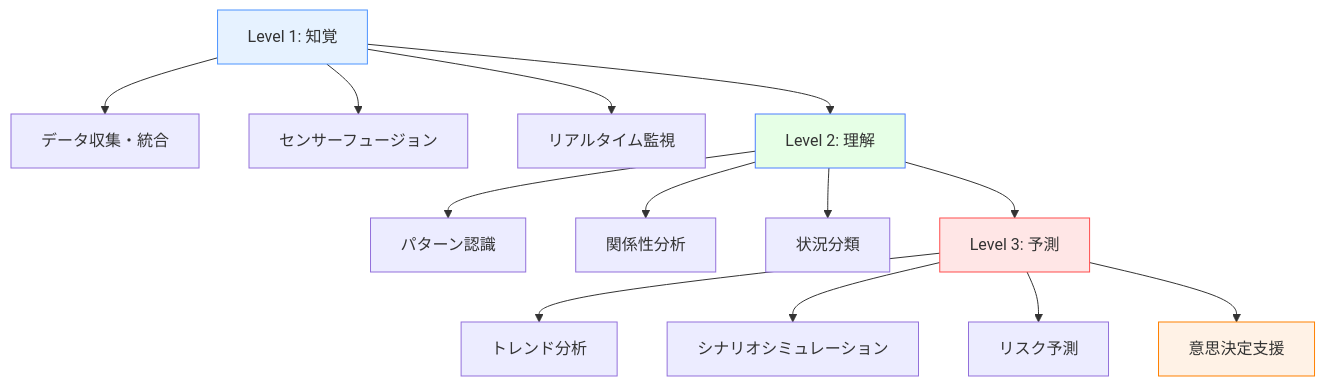
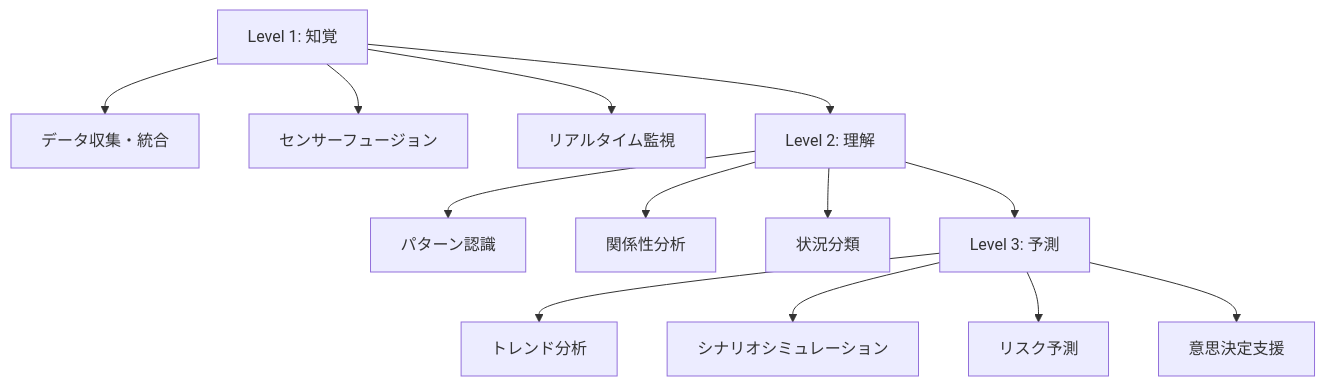
The first of 4 diagrams in docs/software/index.md (shuji-bonji/Situational-Awareness-and-Decision-Making), drawn with Mermaid before and after one commit. The commit also changed other lines of this file and 49 other files, not shown here.

Commit message:
fix: ダークモードで見づらい図の色の変更

````diff
--- a/docs/software/index.md
+++ b/docs/software/index.md
@@ -17,23 +17,23 @@
 ```mermaid
 graph TD
     A[Level 1: 知覚] --> A1[データ収集・統合]
     A --> A2[センサーフュージョン]
     A --> A3[リアルタイム監視]
     
     B[Level 2: 理解] --> B1[パターン認識]
     B --> B2[関係性分析]
     B --> B3[状況分類]
     
     C[Level 3: 予測] --> C1[トレンド分析]
     C --> C2[シナリオシミュレーション]
     C --> C3[リスク予測]
     
     A --> B
     B --> C
     C --> D[意思決定支援]
     
-    style A fill:#e6f2ff,stroke:#4d94ff
-    style B fill:#e6ffe6,stroke:#4d7fff
-    style C fill:#ffe6e6,stroke:#ff4d4d
-    style D fill:#fff2e6,stroke:#ff8000
+
+
+
+
 ```
````
